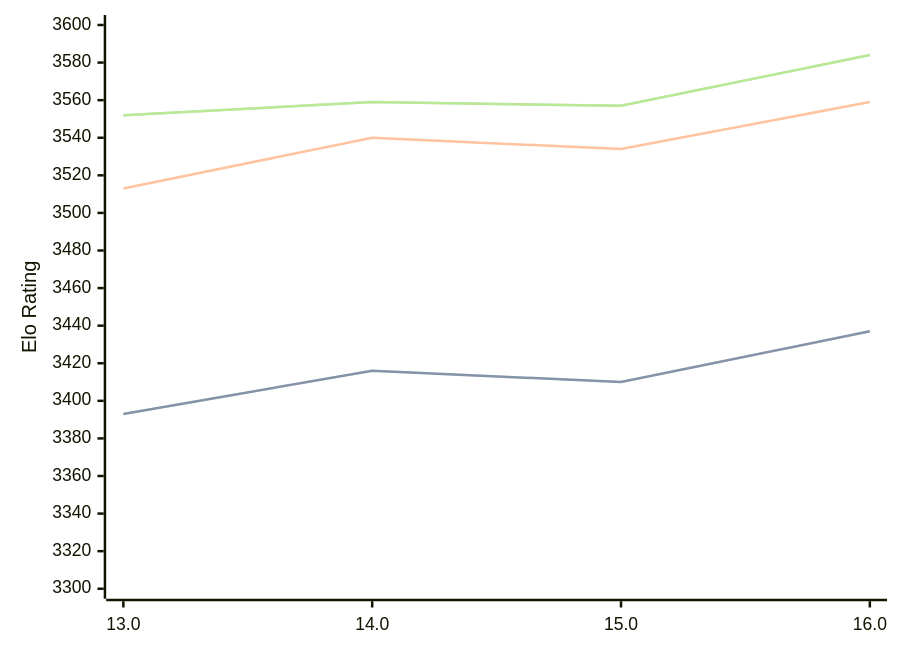
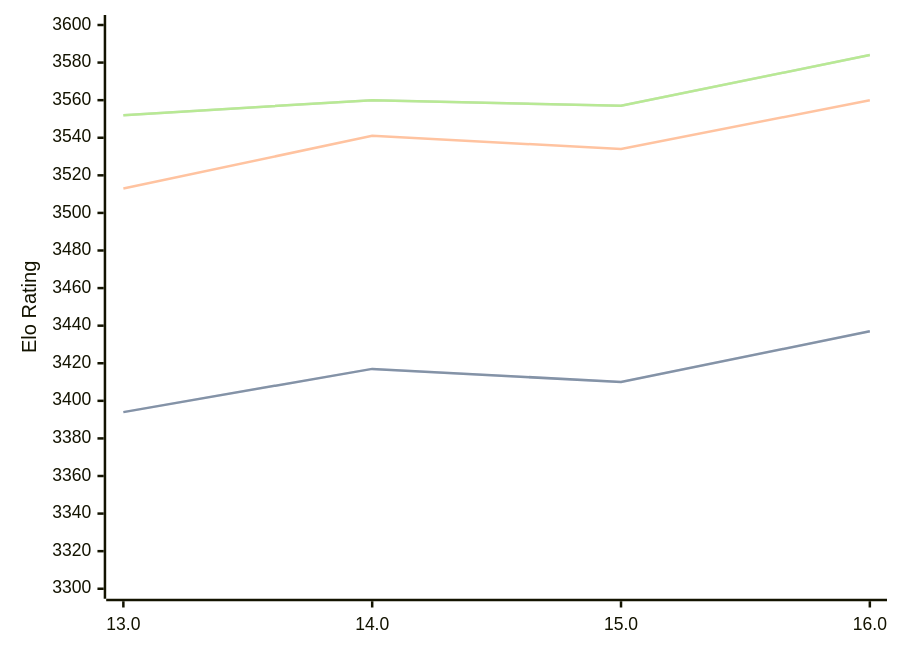
The diagram in engines/Obsidian.md (computer-chess-index/cci), drawn with Mermaid before and after one commit. The commit also changed other lines of this file, not shown here.

Commit message:
Update CCI Ratings (ELO VLTC) - 2026-08-29

````diff
--- a/engines/Obsidian.md
+++ b/engines/Obsidian.md
@@ -34,11 +34,11 @@
 ```mermaid
 %%{init: {"theme":"base","themeVariables":{"seriesColors:['#a3a3a3','#222221','#faa371']}}}%%
 xychart-beta
   x-axis ["13.0", "14.0", "15.0", "16.0"]
   y-axis "Elo Rating" 3300 --> 3600
-  line "" [3393, 3416, 3410, 3437]
-  line "STC (8.0+0.08s)" [3393, 3416, 3410, 3437]
-  line "LTC (60.0+0.60s)" [3513, 3540, 3534, 3559]
-  line "" [3552, 3559, 3557, 3584]
-  line "VLTC (2m24s+1.12s)" [3552, 3559, 3557, 3584]
+  line "" [3394, 3417, 3410, 3437]
+  line "STC (8.0+0.08s)" [3394, 3417, 3410, 3437]
+  line "LTC (60.0+0.60s)" [3513, 3541, 3534, 3560]
+  line "" [3552, 3560, 3557, 3584]
+  line "VLTC (2m24s+1.12s)" [3552, 3560, 3557, 3584]
 ```
````
